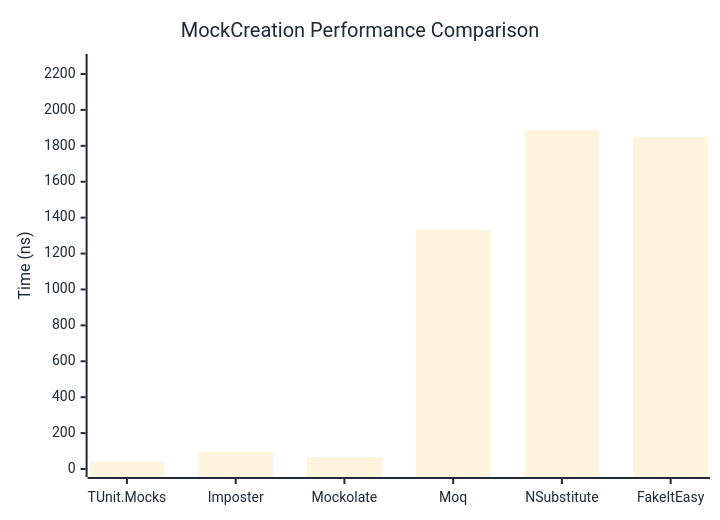
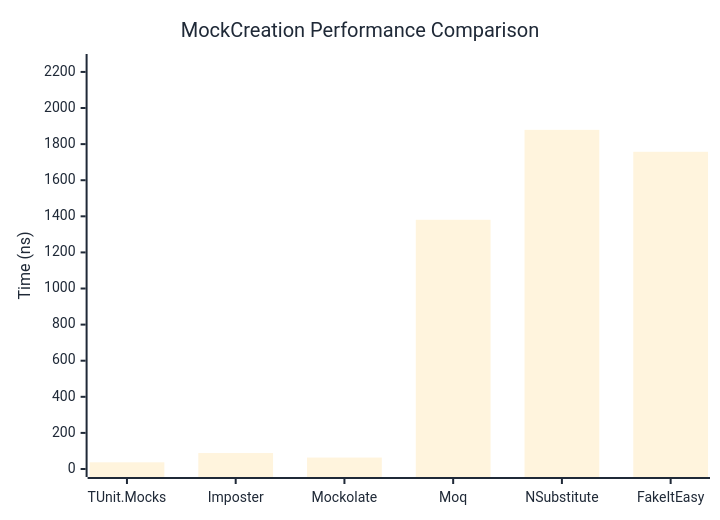
Before and after one commit to thomhurst/TUnit: the first of 2 diagrams in docs/docs/benchmarks/mocks/MockCreation.md, drawn with Mermaid. The commit also changed other lines of this file and 14 other files, not shown here.

````diff
--- a/docs/docs/benchmarks/mocks/MockCreation.md
+++ b/docs/docs/benchmarks/mocks/MockCreation.md
@@ -28,27 +28,27 @@
 ```mermaid
 %%{init: {
   'theme':'base',
   'themeVariables': {
     'primaryColor': '#2563eb',
     'primaryTextColor': '#1f2937',
     'primaryBorderColor': '#1e40af',
     'lineColor': '#6b7280',
     'secondaryColor': '#7c3aed',
     'tertiaryColor': '#dc2626',
     'background': '#ffffff',
     'pie1': '#2563eb',
     'pie2': '#7c3aed',
     'pie3': '#dc2626',
     'pie4': '#f59e0b',
     'pie5': '#10b981',
     'pie6': '#06b6d4',
     'pie7': '#ec4899',
     'pie8': '#6366f1'
   }
 }}%%
 xychart-beta
   title "MockCreation Performance Comparison"
   x-axis ["TUnit.Mocks", "Imposter", "Mockolate", "Moq", "NSubstitute", "FakeItEasy"]
-  y-axis "Time (ns)" 0 --> 2267
-  bar [38.62, 97.03, 66.08, 1332.86, 1888.96, 1849.24]
+  y-axis "Time (ns)" 0 --> 2255
+  bar [37.02, 88.42, 63.43, 1380.79, 1879.1, 1757.45]
 ```
````
